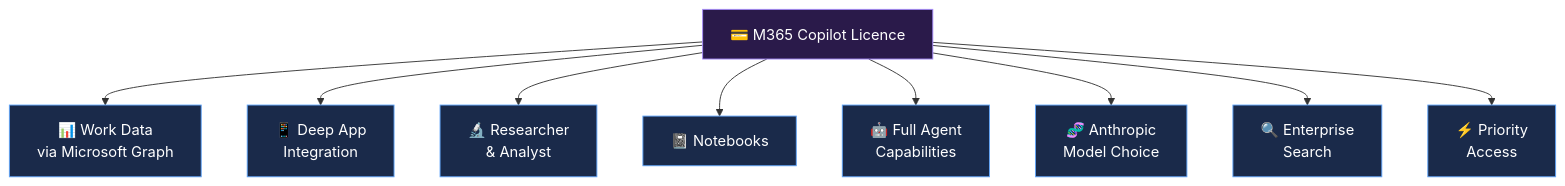
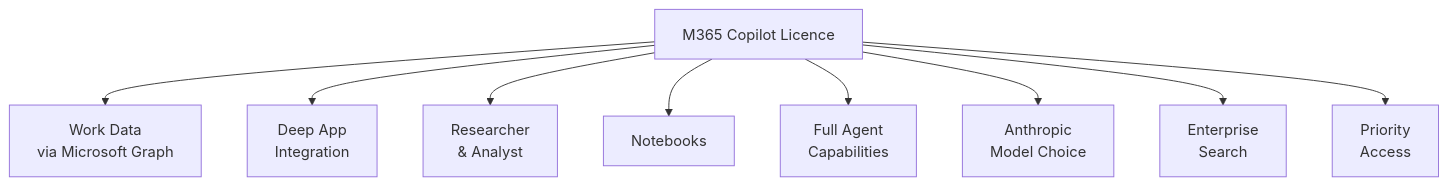
One commit to susanthgit/aguidetocloud-revamp changed the first of 6 diagrams in content/blog/microsoft-365-copilot-licensed-complete-guide-for-trainers.md. Above: the diagram before and after it, drawn with Mermaid. The commit also changed other lines of this file and 553 other files, not shown here.

First line of the commit message:
🌸 Z17: Zen Mermaid diagrams — Stripe Docs style

````diff
--- a/content/blog/microsoft-365-copilot-licensed-complete-guide-for-trainers.md
+++ b/content/blog/microsoft-365-copilot-licensed-complete-guide-for-trainers.md
@@ -83,20 +83,11 @@
 ```mermaid
 flowchart TD
-    A["💳 M365 Copilot Licence"] --> B["📊 Work Data<br/>via Microsoft Graph"]
-    A --> C["📱 Deep App<br/>Integration"]
-    A --> D["🔬 Researcher<br/>& Analyst"]
-    A --> E["📓 Notebooks"]
-    A --> F["🤖 Full Agent<br/>Capabilities"]
-    A --> G["🧬 Anthropic<br/>Model Choice"]
-    A --> H["🔍 Enterprise<br/>Search"]
-    A --> I["⚡ Priority<br/>Access"]
-    style A fill:#2a1a4a,stroke:#A78BFA,color:#ffffff
-    style B fill:#1a2a4a,stroke:#60A5FA,color:#ffffff
-    style C fill:#1a2a4a,stroke:#60A5FA,color:#ffffff
-    style D fill:#1a2a4a,stroke:#60A5FA,color:#ffffff
-    style E fill:#1a2a4a,stroke:#60A5FA,color:#ffffff
-    style F fill:#1a2a4a,stroke:#60A5FA,color:#ffffff
-    style G fill:#1a2a4a,stroke:#60A5FA,color:#ffffff
-    style H fill:#1a2a4a,stroke:#60A5FA,color:#ffffff
-    style I fill:#1a2a4a,stroke:#60A5FA,color:#ffffff
+    A["M365 Copilot Licence"] --> B["Work Data<br/>via Microsoft Graph"]
+    A --> C["Deep App<br/>Integration"]
+    A --> D["Researcher<br/>& Analyst"]
+    A --> E["Notebooks"]
+    A --> F["Full Agent<br/>Capabilities"]
+    A --> G["Anthropic<br/>Model Choice"]
+    A --> H["Enterprise<br/>Search"]
+    A --> I["Priority<br/>Access"]
 ```
````
